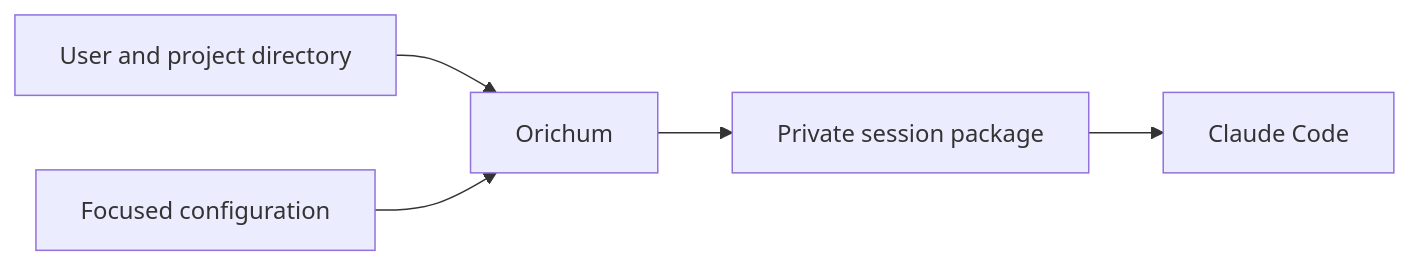
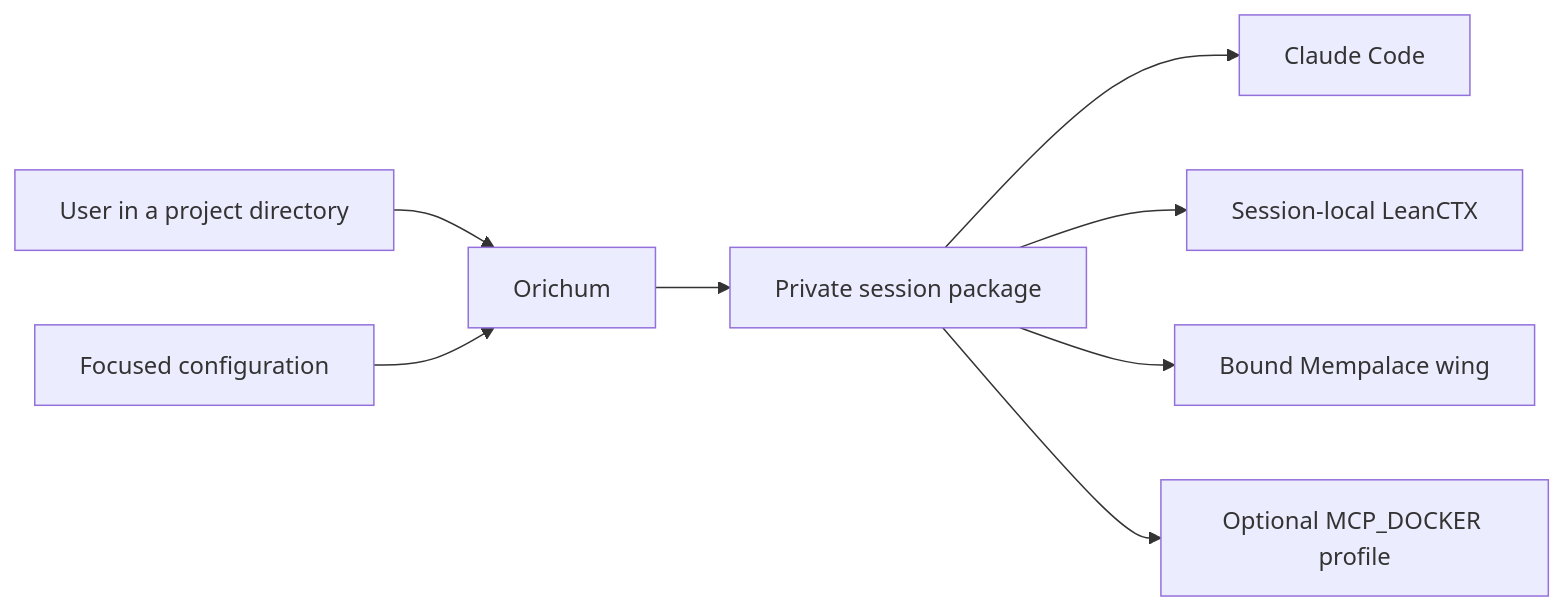
Before and after one commit to orichum/claudex-workflow: the first of 3 diagrams in docs/architecture.md, drawn with Mermaid. The commit also changed other lines of this file and 55 other files, not shown here.

Commit message:
Consolidate context optimization on LeanCTX

````diff
--- a/docs/architecture.md
+++ b/docs/architecture.md
@@ -5,7 +5,10 @@
 ```mermaid
 flowchart LR
-    U["User and project directory"] --> O["Orichum"]
+    U["User in a project directory"] --> O["Orichum"]
     C["Focused configuration"] --> O
-    O --> P["Private session package"]
-    P --> CC["Claude Code"]
+    O --> S["Private session package"]
+    S --> CC["Claude Code"]
+    S --> L["Session-local LeanCTX"]
+    S --> M["Bound Mempalace wing"]
+    S --> D["Optional MCP_DOCKER profile"]
 ```
````
